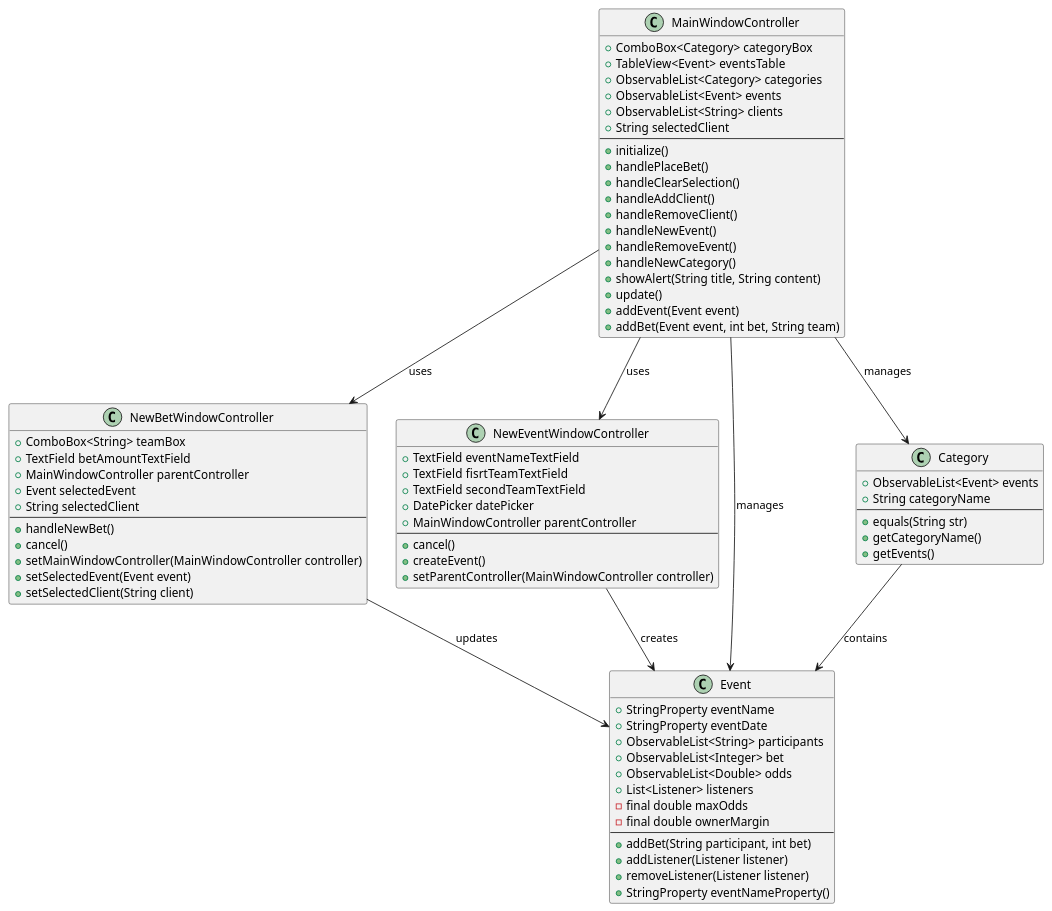
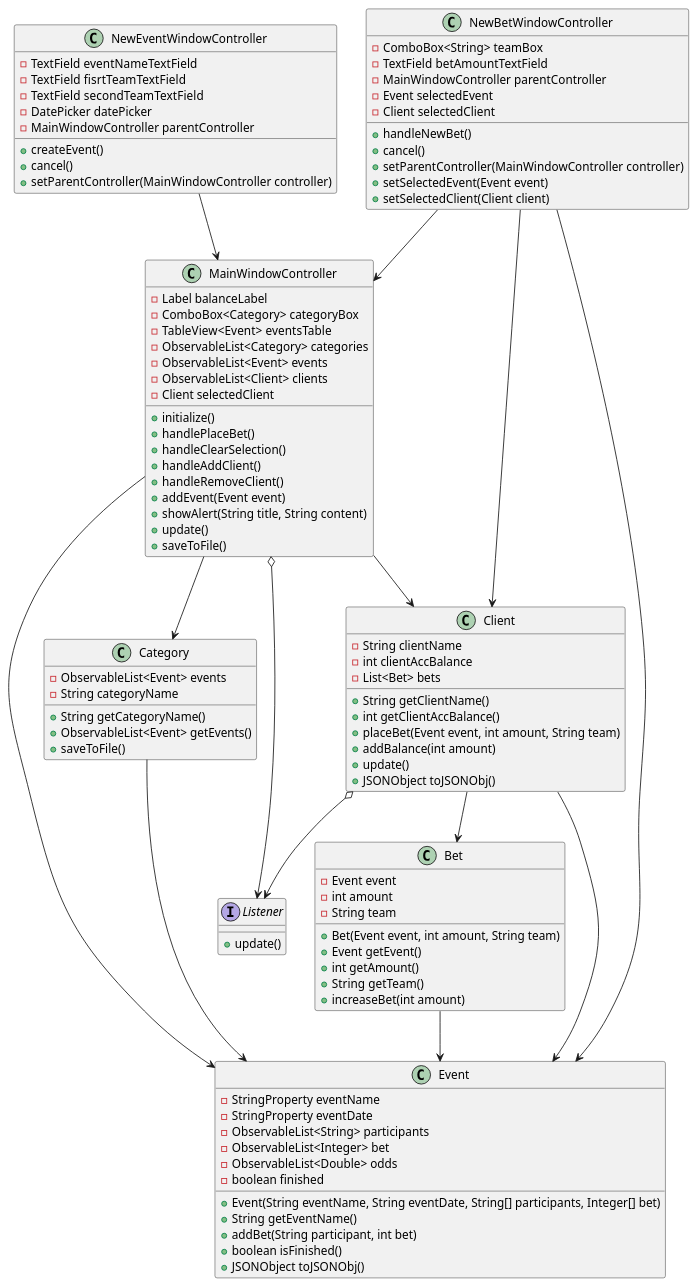
One commit to KrzysztofZdebski/ProjektPO1 changed the diagram in schematics/classDiagram.puml. Above: the diagram before and after it, drawn with PlantUML. The commit also changed 24 other files, not shown here.

Commit message:
diagrams + moving stuff around

```diff
--- a/schematics/classDiagram.puml
+++ b/schematics/classDiagram.puml
@@ -1,85 +1,107 @@
 @startuml
-
-' Class Diagram
 class MainWindowController {
-  + ComboBox<Category> categoryBox
-  + TableView<Event> eventsTable
-  + ObservableList<Category> categories
-  + ObservableList<Event> events
-  + ObservableList<String> clients
-  + String selectedClient
-  --
-  +  initialize()
-  +  handlePlaceBet()
-  +  handleClearSelection()
-  +  handleAddClient()
-  +  handleRemoveClient()
-  +  handleNewEvent()
-  +  handleRemoveEvent()
-  +  handleNewCategory()
-  +  showAlert(String title, String content)
-  +  update()
-  +  addEvent(Event event)
-  +  addBet(Event event, int bet, String team)
+    - Label balanceLabel
+    - ComboBox<Category> categoryBox
+    - TableView<Event> eventsTable
+    - ObservableList<Category> categories
+    - ObservableList<Event> events
+    - ObservableList<Client> clients
+    - Client selectedClient
+    +  initialize()
+    +  handlePlaceBet()
+    +  handleClearSelection()
+    +  handleAddClient()
+    +  handleRemoveClient()
+    +  addEvent(Event event)
+    +  showAlert(String title, String content)
+    +  update()
+    +  saveToFile()
 }
 
 class NewBetWindowController {
-  + ComboBox<String> teamBox
-  + TextField betAmountTextField
-  + MainWindowController parentController
-  + Event selectedEvent
-  + String selectedClient
-  --
-  +  handleNewBet()
-  +  cancel()
-  +  setMainWindowController(MainWindowController controller)
-  +  setSelectedEvent(Event event)
-  +  setSelectedClient(String client)
+    - ComboBox<String> teamBox
+    - TextField betAmountTextField
+    - MainWindowController parentController
+    - Event selectedEvent
+    - Client selectedClient
+    +  handleNewBet()
+    +  cancel()
+    +  setParentController(MainWindowController controller)
+    +  setSelectedEvent(Event event)
+    +  setSelectedClient(Client client)
 }
 
 class NewEventWindowController {
-  + TextField eventNameTextField
-  + TextField fisrtTeamTextField
-  + TextField secondTeamTextField
-  + DatePicker datePicker
-  + MainWindowController parentController
-  --
-  +  cancel()
-  +  createEvent()
-  +  setParentController(MainWindowController controller)
+    - TextField eventNameTextField
+    - TextField fisrtTeamTextField
+    - TextField secondTeamTextField
+    - DatePicker datePicker
+    - MainWindowController parentController
+    +  createEvent()
+    +  cancel()
+    +  setParentController(MainWindowController controller)
+}
+
+class Client {
+    - String clientName
+    - int clientAccBalance
+    - List<Bet> bets
+    + String getClientName()
+    + int getClientAccBalance()
+    +  placeBet(Event event, int amount, String team)
+    +  addBalance(int amount)
+    +  update()
+    + JSONObject toJSONObj()
+}
+
+class Bet {
+    - Event event
+    - int amount
+    - String team
+    + Bet(Event event, int amount, String team)
+    + Event getEvent()
+    + int getAmount()
+    + String getTeam()
+    +  increaseBet(int amount)
+}
+
+class Category {
+    - ObservableList<Event> events
+    - String categoryName
+    + String getCategoryName()
+    + ObservableList<Event> getEvents()
+    +  saveToFile()
 }
 
 class Event {
-  + StringProperty eventName
-  + StringProperty eventDate
-  + ObservableList<String> participants
-  + ObservableList<Integer> bet
-  + ObservableList<Double> odds
-  + List<Listener> listeners
-  - final double maxOdds
-  - final double ownerMargin
-  --
-  +  addBet(String participant, int bet)
-  +  addListener(Listener listener)
-  +  removeListener(Listener listener)
-  + StringProperty eventNameProperty()
+    - StringProperty eventName
+    - StringProperty eventDate
+    - ObservableList<String> participants
+    - ObservableList<Integer> bet
+    - ObservableList<Double> odds
+    - boolean finished
+    + Event(String eventName, String eventDate, String[] participants, Integer[] bet)
+    + String getEventName()
+    +  addBet(String participant, int bet)
+    + boolean isFinished()
+    + JSONObject toJSONObj()
 }
 
-class Category {
-  + ObservableList<Event> events
-  + String categoryName
-  --
-  +  equals(String str)
-  +  getCategoryName()
-  +  getEvents()
+interface Listener {
+    +  update()
 }
 
-MainWindowController --> NewBetWindowController : uses
-MainWindowController --> NewEventWindowController : uses
-MainWindowController --> Event : manages
-MainWindowController --> Category : manages
-NewBetWindowController --> Event : updates
-NewEventWindowController --> Event : creates
-Category --> Event : contains
-
+MainWindowController o--> Listener
+MainWindowController --> Category
+MainWindowController --> Client
+MainWindowController --> Event
+NewBetWindowController --> MainWindowController
+NewBetWindowController --> Event
+NewBetWindowController --> Client
+NewEventWindowController --> MainWindowController
+Client --> Bet
+Client --> Event
+Client o--> Listener
+Category --> Event
+Bet --> Event
 @enduml
```
